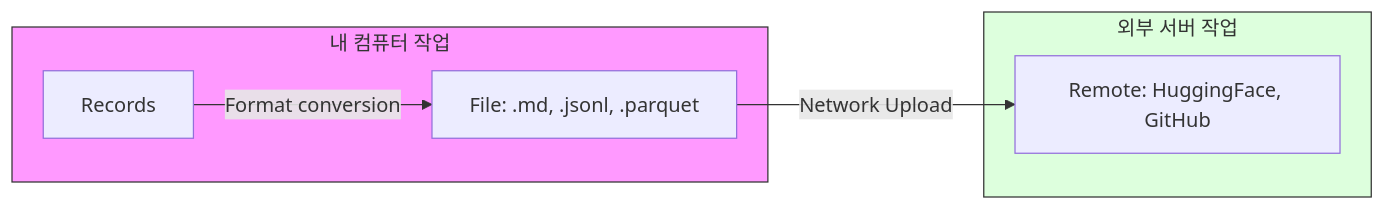
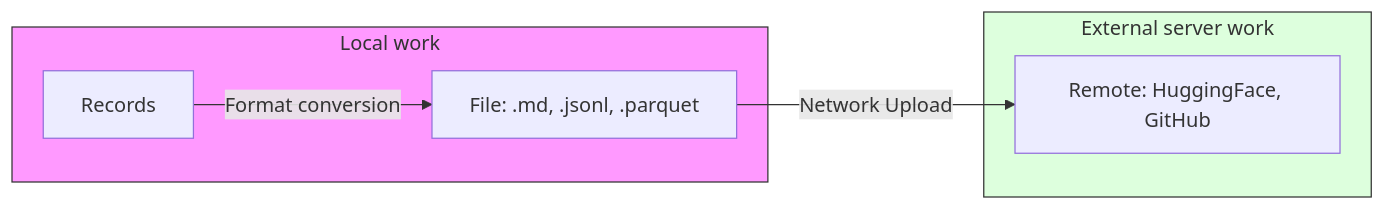
One commit to kpubdata-lab/kpubdata-builder changed the fourth of 4 diagrams in EXPORT_MODEL.md. Above: the diagram before and after it, drawn with Mermaid. The commit also changed other lines of this file and 2 other files, not shown here.

````diff
--- a/EXPORT_MODEL.md
+++ b/EXPORT_MODEL.md
@@ -223,13 +215,13 @@
 ```mermaid
 graph LR
-    subgraph Exporter [내 컴퓨터 작업]
+    subgraph Exporter [Local work]
         D[Records] -- "Format conversion" --> F[File: .md, .jsonl, .parquet]
     end
 
-    subgraph Publisher [외부 서버 작업]
+    subgraph Publisher [External server work]
         F -- "Network Upload" --> R[Remote: HuggingFace, GitHub]
     end
-    
+
     style Exporter fill:#f9f,stroke:#333
     style Publisher fill:#dfd,stroke:#333
 ```
````
